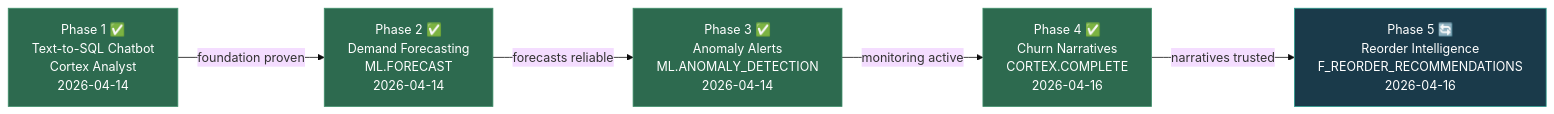
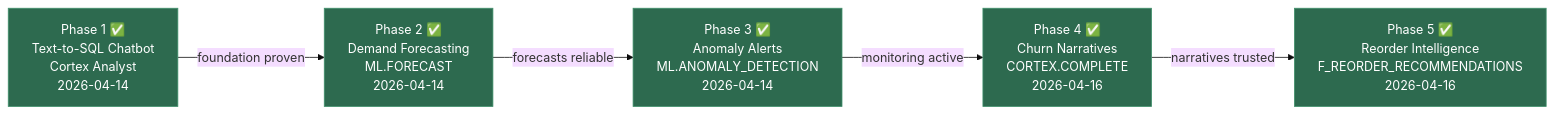
Before and after one commit to trinityBI-HQ/dbt_ammodepot: the fourth of 4 diagrams in streamlit_analyst/README.md, drawn with Mermaid (base theme). The commit also changed 2 other files, not shown here.

Commit message:
docs: mark Phase 5 shipped — PASS=379, 104 models validated
Update README build status, analyst roadmap diagram (Phase 5 ✅),
and CLAUDE.md Phase 5 status with live validation results.

````diff
--- a/streamlit_analyst/README.md
+++ b/streamlit_analyst/README.md
@@ -226,19 +226,19 @@
 ```mermaid
 flowchart LR
     P1["Phase 1 ✅<br/>Text-to-SQL Chatbot<br/>Cortex Analyst<br/>2026-04-14"]
     P2["Phase 2 ✅<br/>Demand Forecasting<br/>ML.FORECAST<br/>2026-04-14"]
     P3["Phase 3 ✅<br/>Anomaly Alerts<br/>ML.ANOMALY_DETECTION<br/>2026-04-14"]
     P4["Phase 4 ✅<br/>Churn Narratives<br/>CORTEX.COMPLETE<br/>2026-04-16"]
-    P5["Phase 5 🔄<br/>Reorder Intelligence<br/>F_REORDER_RECOMMENDATIONS<br/>2026-04-16"]
+    P5["Phase 5 ✅<br/>Reorder Intelligence<br/>F_REORDER_RECOMMENDATIONS<br/>2026-04-16"]
 
     P1 -->|foundation proven| P2
     P2 -->|forecasts reliable| P3
     P3 -->|monitoring active| P4
     P4 -->|narratives trusted| P5
 
     style P1 fill:#2d6a4f,stroke:#40916c,color:#fff
     style P2 fill:#2d6a4f,stroke:#40916c,color:#fff
     style P3 fill:#2d6a4f,stroke:#40916c,color:#fff
     style P4 fill:#2d6a4f,stroke:#40916c,color:#fff
-    style P5 fill:#1a3a4a,stroke:#2a9d8f,color:#fff
+    style P5 fill:#2d6a4f,stroke:#40916c,color:#fff
 ```
````
